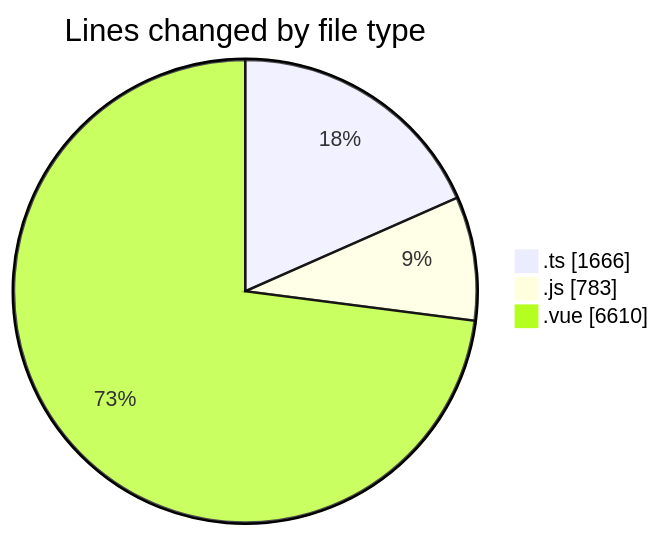
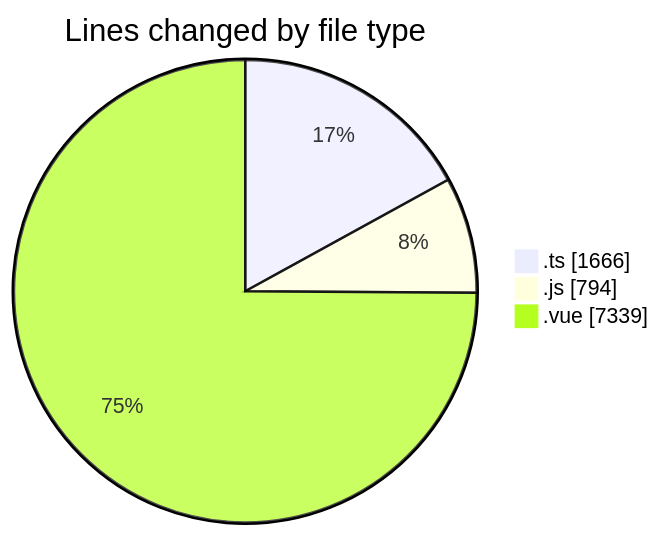
One commit to lephambinh05/code-tracking changed the first of 2 diagrams in 2025-08-16/rentotp/README.md. Above: the diagram before and after it, drawn with Mermaid. The commit also changed other lines of this file and 1 other file, not shown here.

````diff
--- a/2025-08-16/rentotp/README.md
+++ b/2025-08-16/rentotp/README.md
@@ -44,7 +45,7 @@
 ```mermaid
 pie showData
 title Lines changed by file type
 ".ts" : 1666
-".js" : 783
-".vue" : 6610
+".js" : 794
+".vue" : 7339
 ```
````
